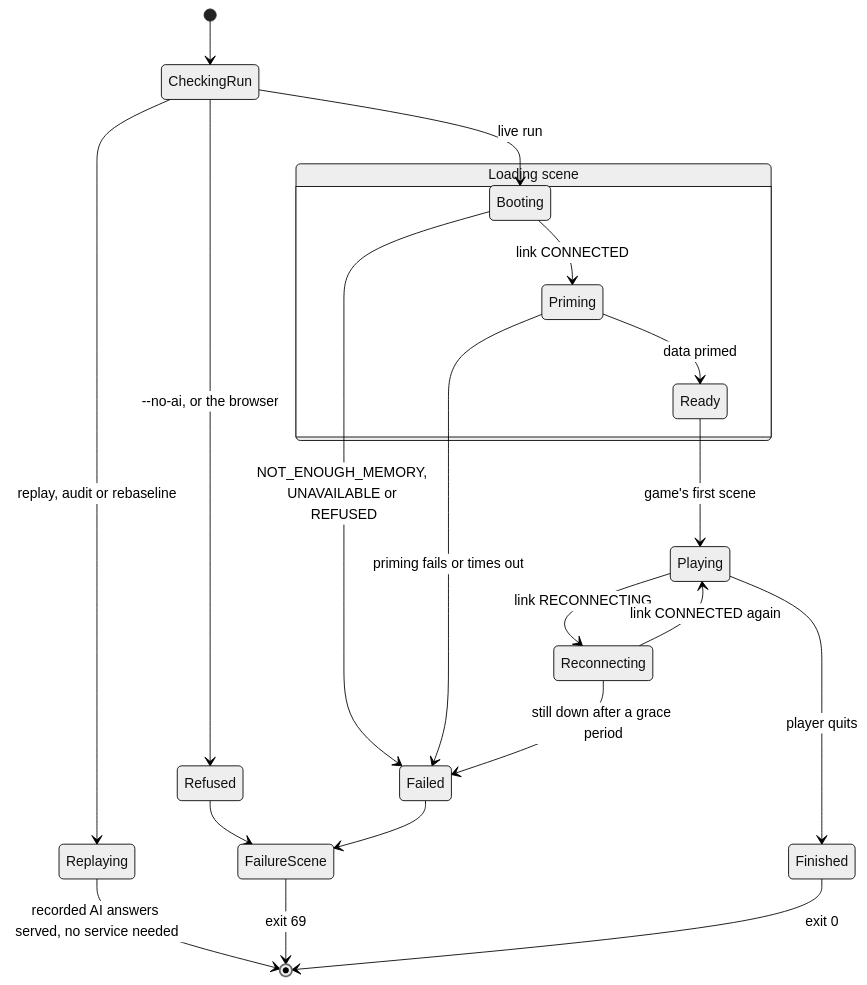
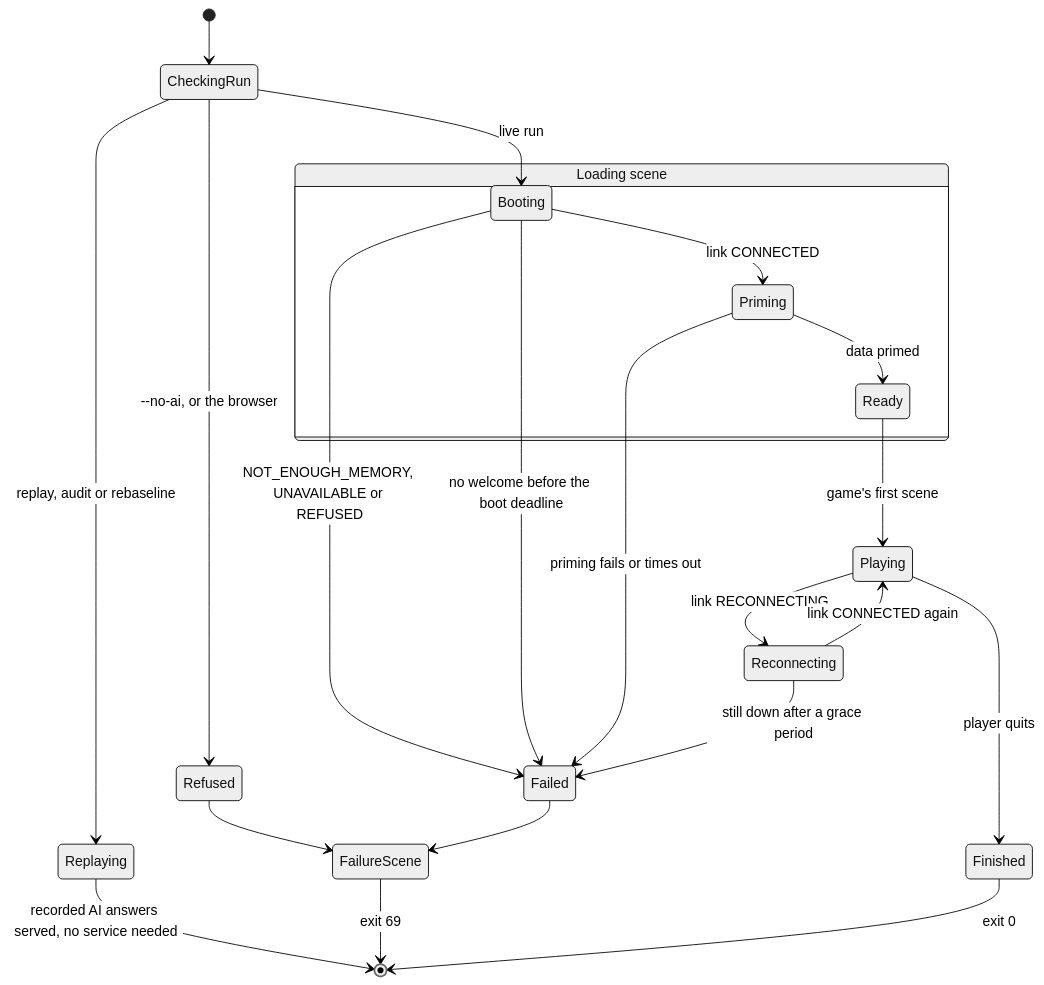
The second of 5 diagrams in plans/2026-11-23-spare-credits-exploration.md (terrysimons/glitchygames), drawn with Mermaid (neutral theme) before and after one commit. The commit also changed other lines of this file and 1 other file, not shown here.

Commit message:
Plan: correct the link diagram against the code; add a boot deadline

````diff
--- a/plans/2026-11-23-spare-credits-exploration.md
+++ b/plans/2026-11-23-spare-credits-exploration.md
@@ -215,23 +222,24 @@
 ```mermaid
 stateDiagram-v2
     [*] --> CheckingRun
     CheckingRun --> Replaying: replay, audit or rebaseline
     Replaying --> [*]: recorded AI answers served, no service needed
     CheckingRun --> Refused: --no-ai, or the browser
     CheckingRun --> Booting: live run
     state "Loading scene" as Loading {
         Booting --> Priming: link CONNECTED
         Priming --> Ready: data primed
     }
     Booting --> Failed: NOT_ENOUGH_MEMORY, UNAVAILABLE or REFUSED
+    Booting --> Failed: no welcome before the boot deadline
     Priming --> Failed: priming fails or times out
     Ready --> Playing: game's first scene
     Playing --> Reconnecting: link RECONNECTING
     Reconnecting --> Playing: link CONNECTED again
     Reconnecting --> Failed: still down after a grace period
     Playing --> Finished: player quits
     Refused --> FailureScene
     Failed --> FailureScene
     FailureScene --> [*]: exit 69
     Finished --> [*]: exit 0
 ```
````
